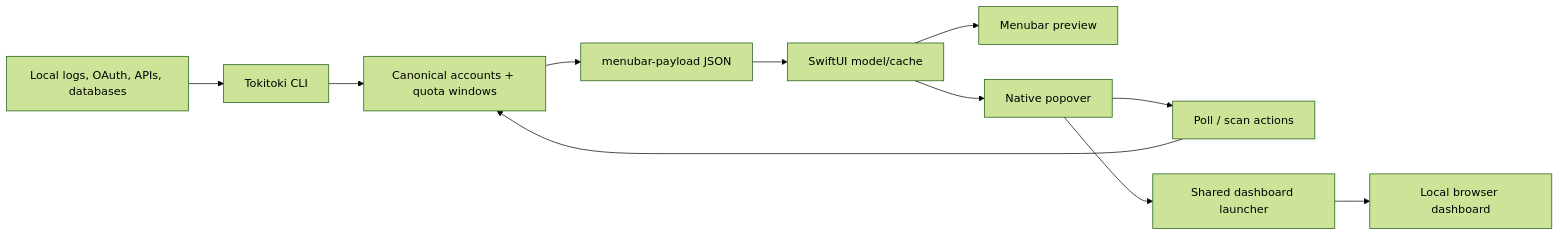
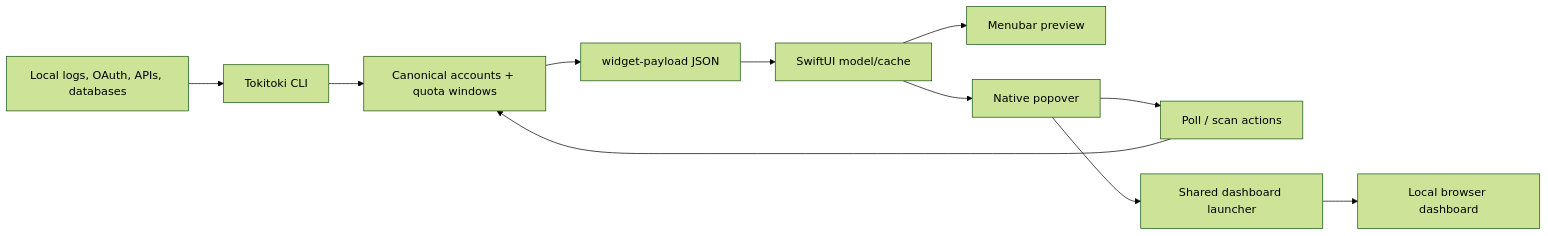
The first of 2 diagrams in plans/menubar-ux-release.md (astahmer/tokitoki), drawn with Mermaid (forest theme) before and after one commit. The commit also changed other lines of this file and 49 other files, not shown here.

````diff
--- a/plans/menubar-ux-release.md
+++ b/plans/menubar-ux-release.md
@@ -95,13 +95,13 @@
 ```mermaid
 flowchart LR
   Sources[Local logs, OAuth, APIs, databases] --> CLI[Tokitoki CLI]
   CLI --> Canonical[Canonical accounts + quota windows]
-  Canonical --> Payload[menubar-payload JSON]
+    Canonical --> Payload[widget-payload JSON]
   Payload --> Model[SwiftUI model/cache]
   Model --> Preview[Menubar preview]
   Model --> Popover[Native popover]
   Popover --> Poll[Poll / scan actions]
   Poll --> Canonical
   Popover --> Launcher[Shared dashboard launcher]
   Launcher --> Web[Local browser dashboard]
 ```
````
